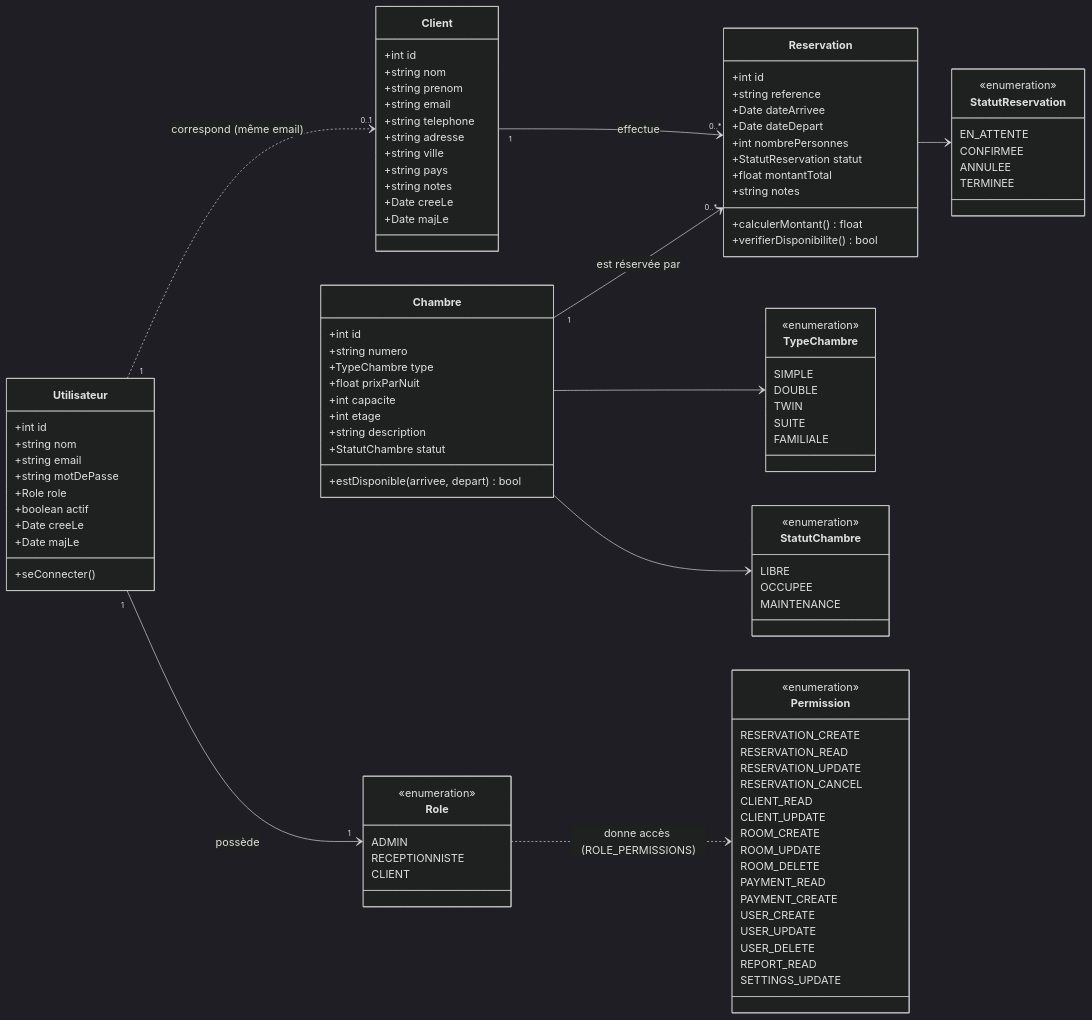
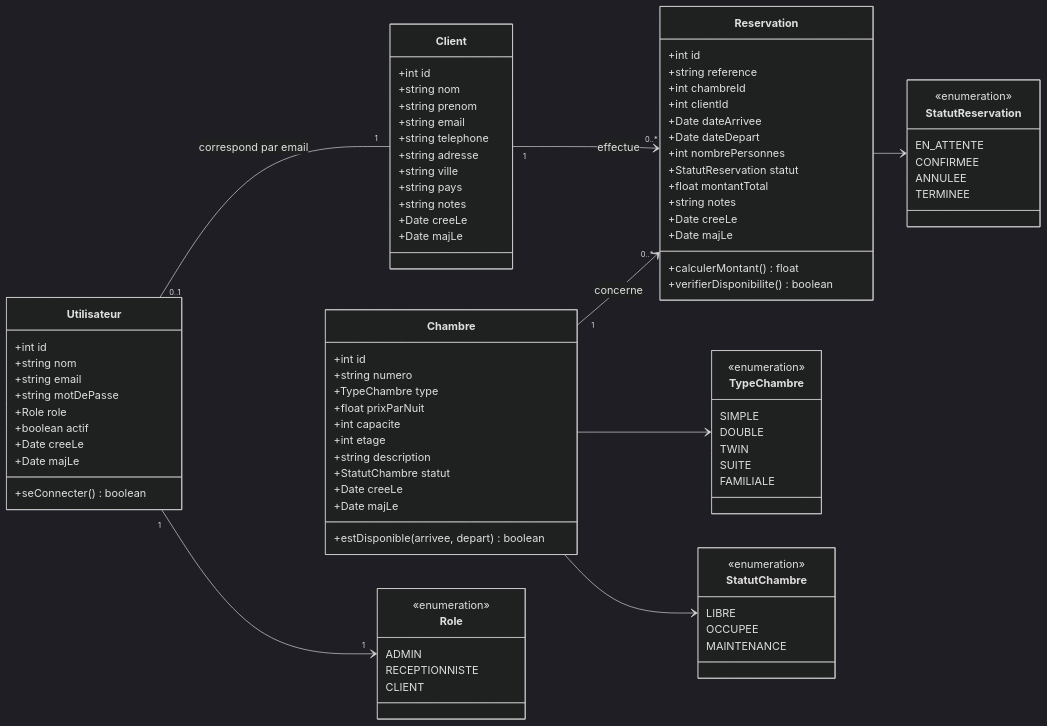
The second of 3 diagrams in docs/conception.md (IsholaRsk/ArenaHotels), drawn with Mermaid (dark theme) before and after one commit. The commit also changed other lines of this file, not shown here.

Commit message:
Conception: diagrammes (cas d'utilisation, classes, MLDR) alignes sur le schema UML de reference

````diff
--- a/docs/conception.md
+++ b/docs/conception.md
@@ -81,7 +81,7 @@
     +boolean actif
     +Date creeLe
     +Date majLe
-    +seConnecter()
+    +seConnecter() boolean
   }
 
   class Client {
@@ -107,20 +107,26 @@
     +int etage
     +string description
     +StatutChambre statut
-    +estDisponible(arrivee, depart) bool
+    +Date creeLe
+    +Date majLe
+    +estDisponible(arrivee, depart) boolean
   }
 
   class Reservation {
     +int id
     +string reference
+    +int chambreId
+    +int clientId
     +Date dateArrivee
     +Date dateDepart
     +int nombrePersonnes
     +StatutReservation statut
     +float montantTotal
     +string notes
+    +Date creeLe
+    +Date majLe
     +calculerMontant() float
-    +verifierDisponibilite() bool
+    +verifierDisponibilite() boolean
   }
 
   class Role {
@@ -150,32 +156,12 @@
     ANNULEE
     TERMINEE
   }
-  class Permission {
-    <<enumeration>>
-    RESERVATION_CREATE
-    RESERVATION_READ
-    RESERVATION_UPDATE
-    RESERVATION_CANCEL
-    CLIENT_READ
-    CLIENT_UPDATE
-    ROOM_CREATE
-    ROOM_UPDATE
-    ROOM_DELETE
-    PAYMENT_READ
-    PAYMENT_CREATE
-    USER_CREATE
-    USER_UPDATE
-    USER_DELETE
-    REPORT_READ
-    SETTINGS_UPDATE
-  }
 
-  Utilisateur "1" --> "1" Role : possède
-  Utilisateur "1" ..> "0..1" Client : correspond (même email)
+  Utilisateur "1" --> "1" Role
+  Utilisateur "0..1" -- "1" Client : correspond par email
   Client "1" --> "0..*" Reservation : effectue
-  Chambre "1" --> "0..*" Reservation : est réservée par
+  Chambre "1" --> "0..*" Reservation : concerne
   Chambre --> TypeChambre
   Chambre --> StatutChambre
   Reservation --> StatutReservation
-  Role ..> Permission : donne accès (ROLE_PERMISSIONS)
 ```
````
